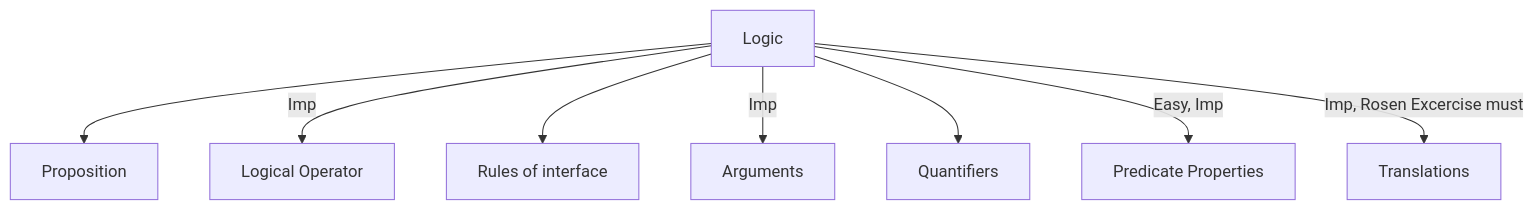
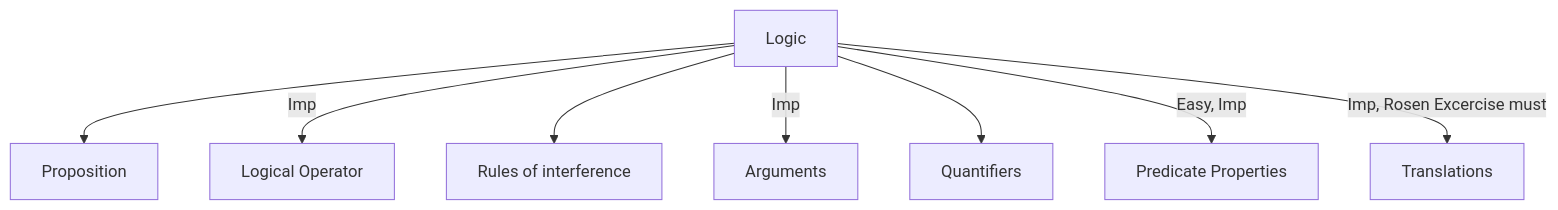
Before and after one commit to ArbitCode/GATE: the first of 2 diagrams in 1NovDM/1.Logic/Logic.md, drawn with Mermaid. The commit also changed other lines of this file and 1 other file, not shown here.

````diff
--- a/1NovDM/1.Logic/Logic.md
+++ b/1NovDM/1.Logic/Logic.md
@@ -11,10 +11,10 @@
 ```mermaid
   graph TD;
     L[Logic] --> P[Proposition];
     L --> |Imp| LO[ Logical Operator];
-    L --> RI[Rules of interface];
+    L --> RI[Rules of interference];
     L --> |Imp| A[ Arguments];
     L --> Q[Quantifiers];
     L --> |Easy, Imp| PP[Predicate Properties];
     L --> |Imp, Rosen Excercise must |T[ Translations];
 ```
````
